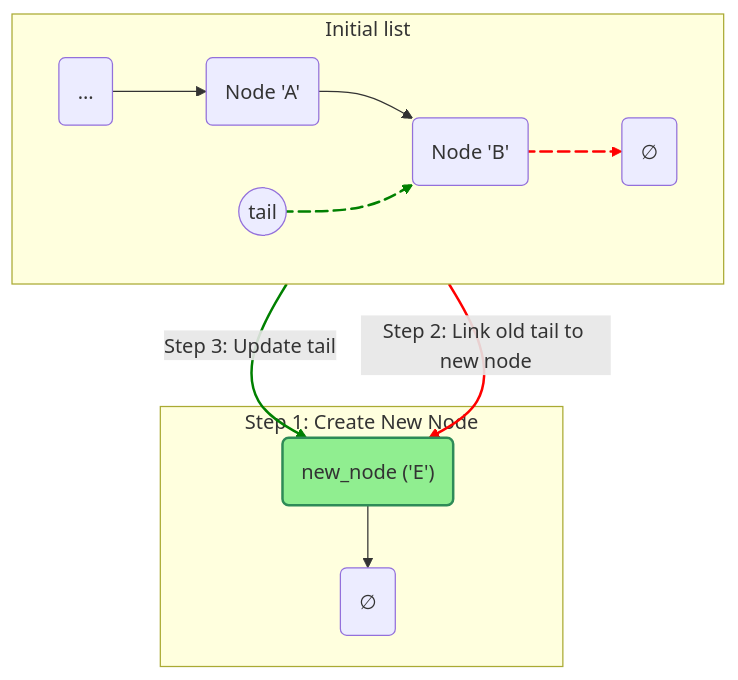
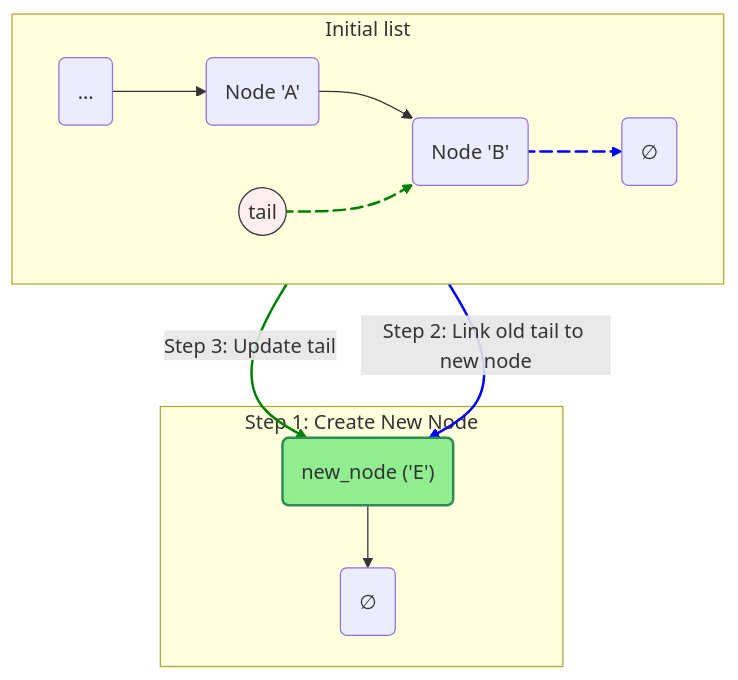
One commit to ruslylove/datastruct changed the sixth of 10 diagrams in lectures/lect-3-Singly-Linked-List.md. Above: the diagram before and after it, drawn with Mermaid. The commit also changed other lines of this file and 1 other file, not shown here.

Commit message:
update diagram.

````diff
--- a/lectures/lect-3-Singly-Linked-List.md
+++ b/lectures/lect-3-Singly-Linked-List.md
@@ -529,26 +531,28 @@
 ```mermaid {scale:0.7}
 
 graph TD
+    
     subgraph "Initial list"
         direction LR
         C("...") --> A("Node 'A'") --> B("Node 'B'") e2@--> null1("∅") 
         head1(("tail")) e1@--> B
     end
 
     subgraph "Step 1: Create New Node"
         new_node("new_node ('E')") --> null("∅")
         style new_node fill:#90EE90,stroke:#2E8B57,stroke-width:2px
     end
-
-        direction LR
-        head1 -- "Step 3: Update tail" --> new_node
-        B -- "Step 2: Link old tail to new node" --> new_node
+    
+    head1 -- "Step 3: Update tail" --> new_node
+    B -- "Step 2: Link old tail to new node" --> new_node
 
     e1@{ animate: true, animation: slow }
     e2@{ animate: true, animation: slow }
 
     %%linkStyle 2,3 stroke-width:2px,stroke:blue,fill:none;
     linkStyle 3,5 stroke-width:2px,stroke:green,fill:none;
-    linkStyle 2,6 stroke-width:2px,stroke:red,fill:none;
+    linkStyle 2,6 stroke-width:2px,stroke:blue,fill:none;
+    style head1 fill:#fee,stroke:#333
+
 
 ```
````
